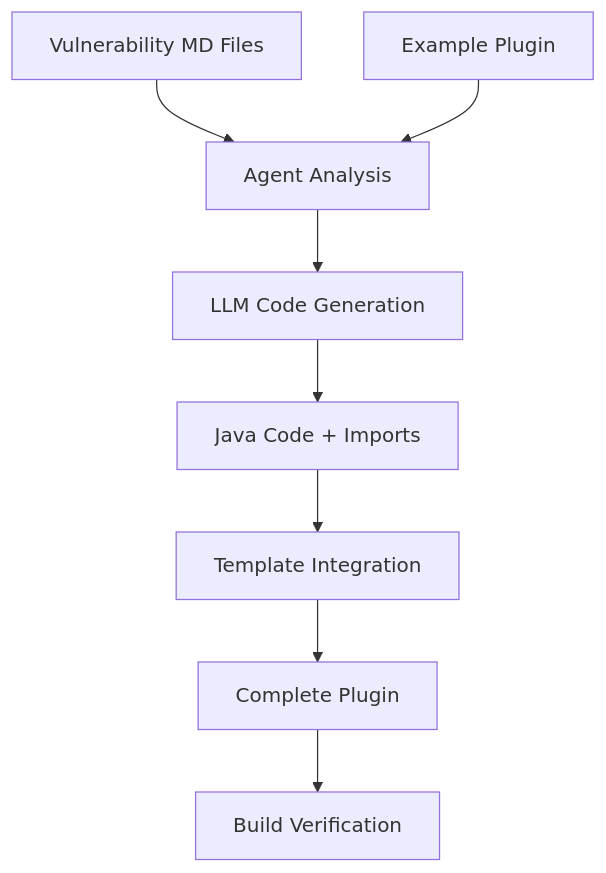
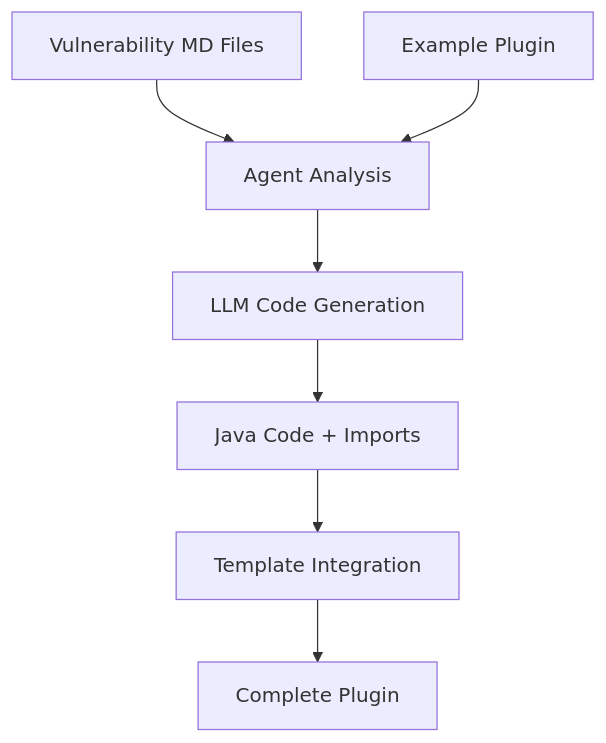
Before and after one commit to jlb-jlb/Tsunami-Agent: the diagram in README.md, drawn with Mermaid. The commit also changed other lines of this file and 13 other files, not shown here.

````diff
--- a/README.md
+++ b/README.md
@@ -124,10 +99,9 @@
 ```mermaid
 graph TD
     A[Vulnerability MD Files] --> B[Agent Analysis]
     C[Example Plugin] --> B
     B --> D[LLM Code Generation]
     D --> E[Java Code + Imports]
     E --> F[Template Integration]
     F --> G[Complete Plugin]
-    G --> H[Build Verification]
 ```
````
